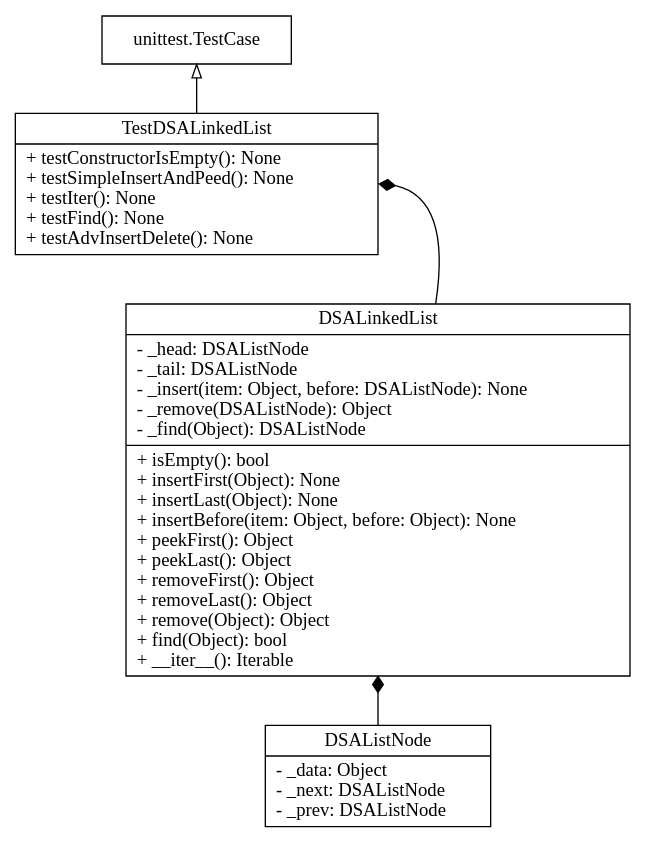
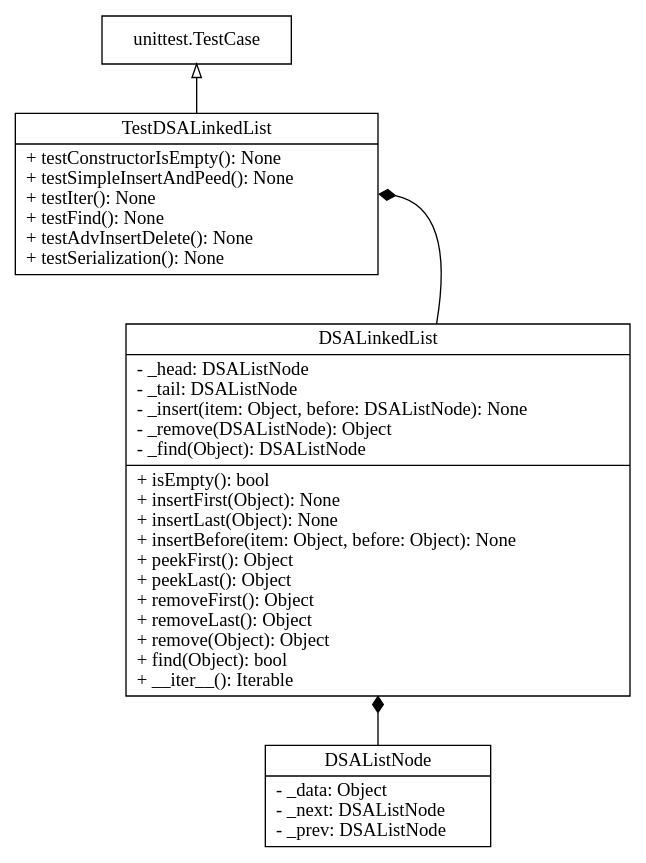
The diagram in 3/UML.gv (JakobWyatt/DSA-Tutorials), drawn with Graphviz before and after one commit. The commit also changed 1 other file, not shown here.

Commit message:
added serialization test to uml

```diff
--- a/3/UML.gv
+++ b/3/UML.gv
@@ -1,32 +1,32 @@
 digraph DSA_ADT {
     node [
         shape = "record"
     ]
     DSALinkedList [
         label = "{DSALinkedList|- _head: DSAListNode\l- _tail: DSAListNode\l- _insert(item: Object, before: DSAListNode): None\l- _remove(DSAListNode): Object\l- _find(Object): DSAListNode\l|+ isEmpty(): bool\l+ insertFirst(Object): None\l+ insertLast(Object): None\l+ insertBefore(item: Object, before: Object): None\l+ peekFirst(): Object\l+ peekLast(): Object\l+ removeFirst(): Object\l+ removeLast(): Object\l+ remove(Object): Object\l+ find(Object): bool\l+ __iter__(): Iterable\l}"
     ]
 
     DSAListNode [
         label = "{DSAListNode|- _data: Object\l- _next: DSAListNode\l- _prev: DSAListNode\l}"
     ]
 
     TestDSALinkedList [
-        label = "{TestDSALinkedList|+ testConstructorIsEmpty(): None\l+ testSimpleInsertAndPeed(): None\l+ testIter(): None\l+ testFind(): None\l+ testAdvInsertDelete(): None\l}"
+        label = "{TestDSALinkedList|+ testConstructorIsEmpty(): None\l+ testSimpleInsertAndPeed(): None\l+ testIter(): None\l+ testFind(): None\l+ testAdvInsertDelete(): None\l+ testSerialization(): None\l}"
     ]
 
     unittestTestCase [
         label = "{unittest.TestCase}"
     ]
 
     edge [
         arrowhead = "diamond"
     ]
     DSAListNode -> DSALinkedList
     DSALinkedList -> TestDSALinkedList [headport=e]
     edge [
         arrowhead = "empty"
     ]
     TestDSALinkedList -> unittestTestCase
 
     rankdir=BT
 }
```
